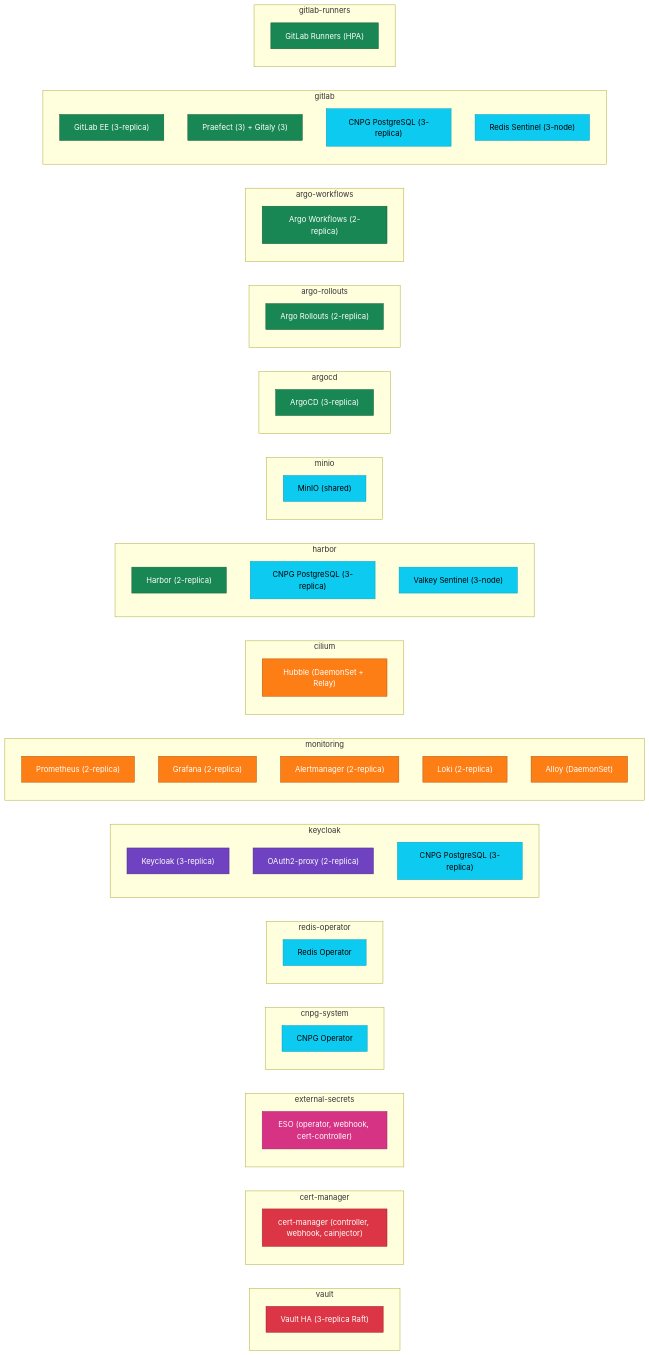
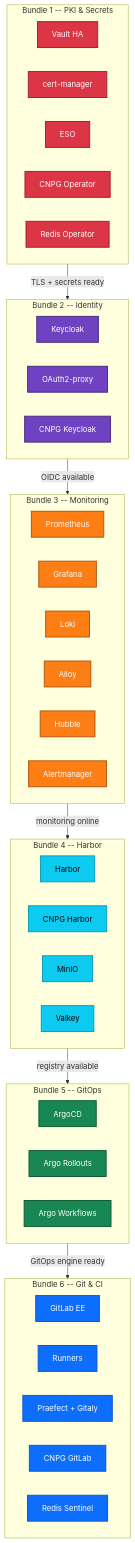
The ninth of 9 diagrams in docs/architecture/landscape.md (derhornspieler/harvester-rke2-svcs), drawn with Mermaid before and after one commit. The commit also changed other lines of this file, not shown here.

First line of the commit message:
docs: rewrite landscape diagram for human readability

````diff
--- a/docs/architecture/landscape.md
+++ b/docs/architecture/landscape.md
@@ -266,89 +350,72 @@
 ```mermaid
-graph LR
-    subgraph ns_vault["vault"]
-        vault_svc["Vault HA (3-replica Raft)"]
+graph TB
+    subgraph B1["Bundle 1 -- PKI &amp; Secrets"]
+        direction LR
+        b1_vault["Vault HA"]
+        b1_cm["cert-manager"]
+        b1_eso["ESO"]
+        b1_cnpg_op["CNPG Operator"]
+        b1_redis_op["Redis Operator"]
     end
 
-    subgraph ns_cm["cert-manager"]
-        cm_svc["cert-manager (controller, webhook, cainjector)"]
+    subgraph B2["Bundle 2 -- Identity"]
+        direction LR
+        b2_kc["Keycloak"]
+        b2_oauth["OAuth2-proxy"]
+        b2_cnpg["CNPG Keycloak"]
     end
 
-    subgraph ns_eso["external-secrets"]
-        eso_svc["ESO (operator, webhook, cert-controller)"]
+    subgraph B3["Bundle 3 -- Monitoring"]
+        direction LR
+        b3_prom["Prometheus"]
+        b3_graf["Grafana"]
+        b3_loki["Loki"]
+        b3_alloy["Alloy"]
+        b3_hub["Hubble"]
+        b3_am["Alertmanager"]
     end
 
-    subgraph ns_cnpg["cnpg-system"]
-        cnpg_op["CNPG Operator"]
+    subgraph B4["Bundle 4 -- Harbor"]
+        direction LR
+        b4_harbor["Harbor"]
+        b4_cnpg["CNPG Harbor"]
+        b4_minio["MinIO"]
+        b4_valkey["Valkey"]
     end
 
-    subgraph ns_redis_op["redis-operator"]
-        redis_op["Redis Operator"]
+    subgraph B5["Bundle 5 -- GitOps"]
+        direction LR
+        b5_argo["ArgoCD"]
+        b5_ro["Argo Rollouts"]
+        b5_wf["Argo Workflows"]
     end
 
-    subgraph ns_kc["keycloak"]
-        kc_svc["Keycloak (3-replica)"]
-        oauth_svc["OAuth2-proxy (2-replica)"]
-        kc_db["CNPG PostgreSQL (3-replica)"]
+    subgraph B6["Bundle 6 -- Git &amp; CI"]
+        direction LR
+        b6_gl["GitLab EE"]
+        b6_run["Runners"]
+        b6_prae["Praefect + Gitaly"]
+        b6_cnpg["CNPG GitLab"]
+        b6_redis["Redis Sentinel"]
     end
 
-    subgraph ns_mon["monitoring"]
-        prom_svc["Prometheus (2-replica)"]
-        graf_svc["Grafana (2-replica)"]
-        am_svc["Alertmanager (2-replica)"]
-        loki_svc["Loki (2-replica)"]
-        alloy_svc["Alloy (DaemonSet)"]
-    end
+    B1 -- "TLS + secrets ready" --> B2
+    B2 -- "OIDC available" --> B3
+    B3 -- "monitoring online" --> B4
+    B4 -- "registry available" --> B5
+    B5 -- "GitOps engine ready" --> B6
 
-    subgraph ns_cilium["cilium"]
-        hubble_svc["Hubble (DaemonSet + Relay)"]
-    end
+    classDef pki fill:#dc3545,color:#fff,stroke:#a02030,stroke-width:2px
+    classDef identity fill:#6f42c1,color:#fff,stroke:#4a2a7f,stroke-width:2px
+    classDef obs fill:#fd7e14,color:#fff,stroke:#b15810,stroke-width:2px
+    classDef data fill:#0dcaf0,color:#000,stroke:#0a9db5,stroke-width:2px
+    classDef cicd fill:#198754,color:#fff,stroke:#0d5a32,stroke-width:2px
+    classDef blue fill:#0d6efd,color:#fff,stroke:#0a58ca,stroke-width:2px
 
-    subgraph ns_harbor["harbor"]
-        harbor_svc["Harbor (2-replica)"]
-        harbor_db["CNPG PostgreSQL (3-replica)"]
-        valkey_svc["Valkey Sentinel (3-node)"]
-    end
-
-    subgraph ns_minio["minio"]
-        minio_svc["MinIO (shared)"]
-    end
-
-    subgraph ns_argo["argocd"]
-        argo_svc["ArgoCD (3-replica)"]
-    end
-
-    subgraph ns_aro["argo-rollouts"]
-        aro_svc["Argo Rollouts (2-replica)"]
-    end
-
-    subgraph ns_awf["argo-workflows"]
-        awf_svc["Argo Workflows (2-replica)"]
-    end
-
-    subgraph ns_gl["gitlab"]
-        gl_svc["GitLab EE (3-replica)"]
-        gl_prae["Praefect (3) + Gitaly (3)"]
-        gl_db["CNPG PostgreSQL (3-replica)"]
-        gl_redis["Redis Sentinel (3-node)"]
-    end
-
-    subgraph ns_run["gitlab-runners"]
-        run_svc["GitLab Runners (HPA)"]
-    end
-
-    classDef pki fill:#dc3545,color:#fff,stroke:#a02030
-    classDef identity fill:#6f42c1,color:#fff,stroke:#4a2a7f
-    classDef obs fill:#fd7e14,color:#fff,stroke:#b15810
-    classDef cicd fill:#198754,color:#fff,stroke:#0d5a32
-    classDef data fill:#0dcaf0,color:#000,stroke:#0a9db5
-    classDef secrets fill:#d63384,color:#fff,stroke:#a02060
-    classDef net fill:#0d6efd,color:#fff,stroke:#0a58ca
-
-    class vault_svc,cm_svc pki
-    class eso_svc secrets
-    class cnpg_op,redis_op data
-    class kc_svc,oauth_svc identity
-    class kc_db,harbor_db,gl_db,gl_redis,valkey_svc,minio_svc data
-    class prom_svc,graf_svc,am_svc,loki_svc,alloy_svc,hubble_svc obs
-    class harbor_svc,argo_svc,aro_svc,awf_svc,gl_svc,gl_prae,run_svc cicd
+    class b1_vault,b1_cm,b1_eso,b1_cnpg_op,b1_redis_op pki
+    class b2_kc,b2_oauth,b2_cnpg identity
+    class b3_prom,b3_graf,b3_loki,b3_alloy,b3_hub,b3_am obs
+    class b4_harbor,b4_cnpg,b4_minio,b4_valkey data
+    class b5_argo,b5_ro,b5_wf cicd
+    class b6_gl,b6_run,b6_prae,b6_cnpg,b6_redis blue
 ```
````
